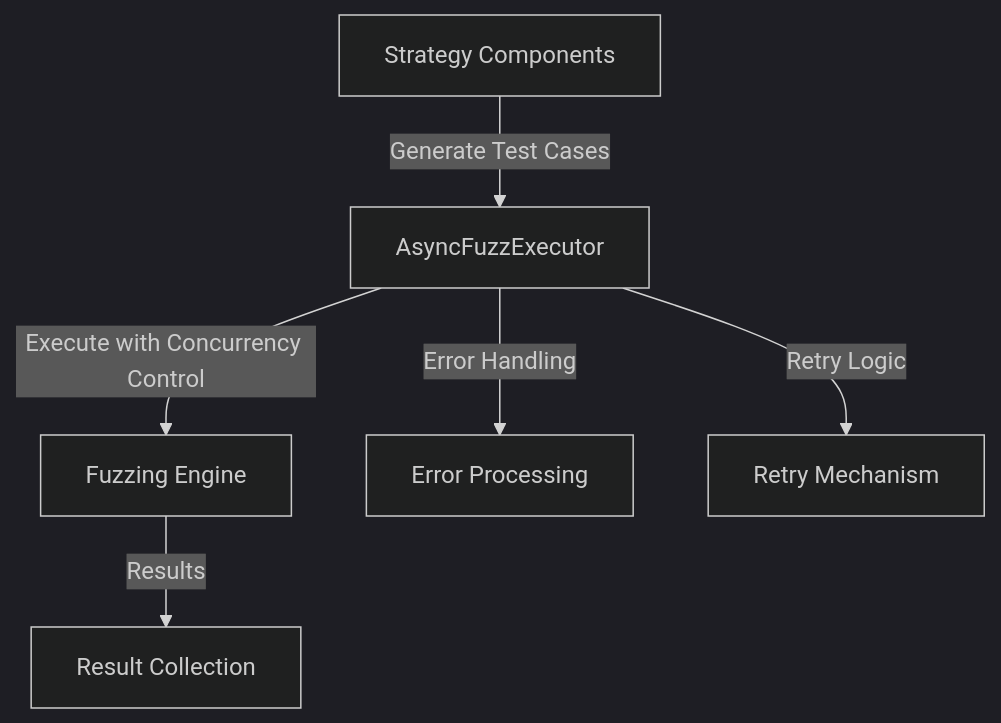
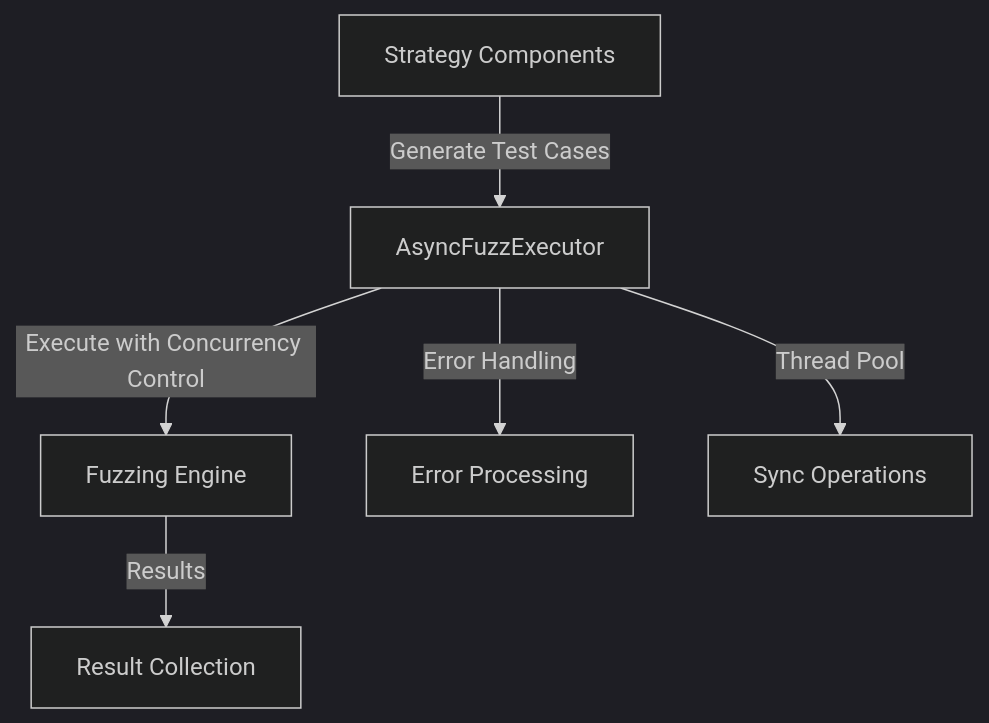
One commit to Agent-Hellboy/mcp-server-fuzzer changed the diagram in docs/architecture/async-executor.md. Above: the diagram before and after it, drawn with Mermaid (dark theme). The commit also changed other lines of this file and 11 other files, not shown here.

````diff
--- a/docs/architecture/async-executor.md
+++ b/docs/architecture/async-executor.md
@@ -9,8 +9,8 @@
 ```mermaid
 graph TD
     A[Strategy Components] -->|Generate Test Cases| B[AsyncFuzzExecutor]
     B -->|Execute with Concurrency Control| C[Fuzzing Engine]
     C -->|Results| D[Result Collection]
     B -->|Error Handling| E[Error Processing]
-    B -->|Retry Logic| F[Retry Mechanism]
+    B -->|Thread Pool| F[Sync Operations]
 ```
````
